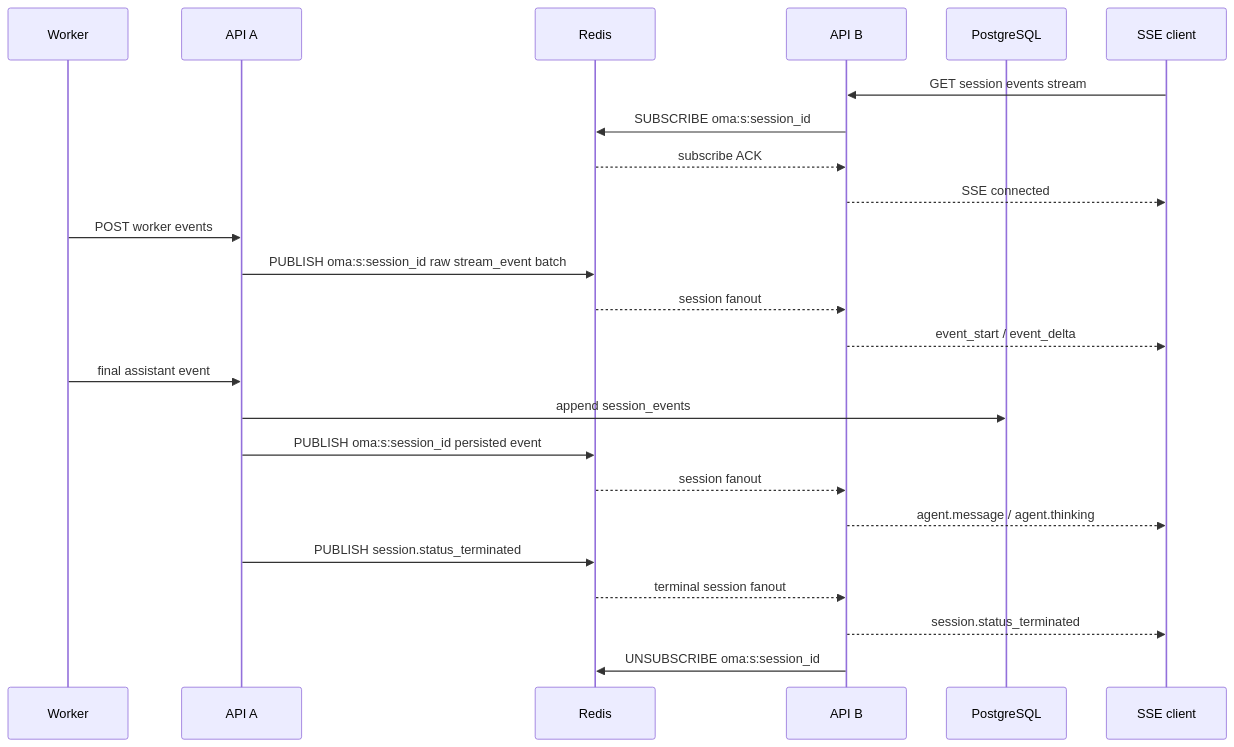
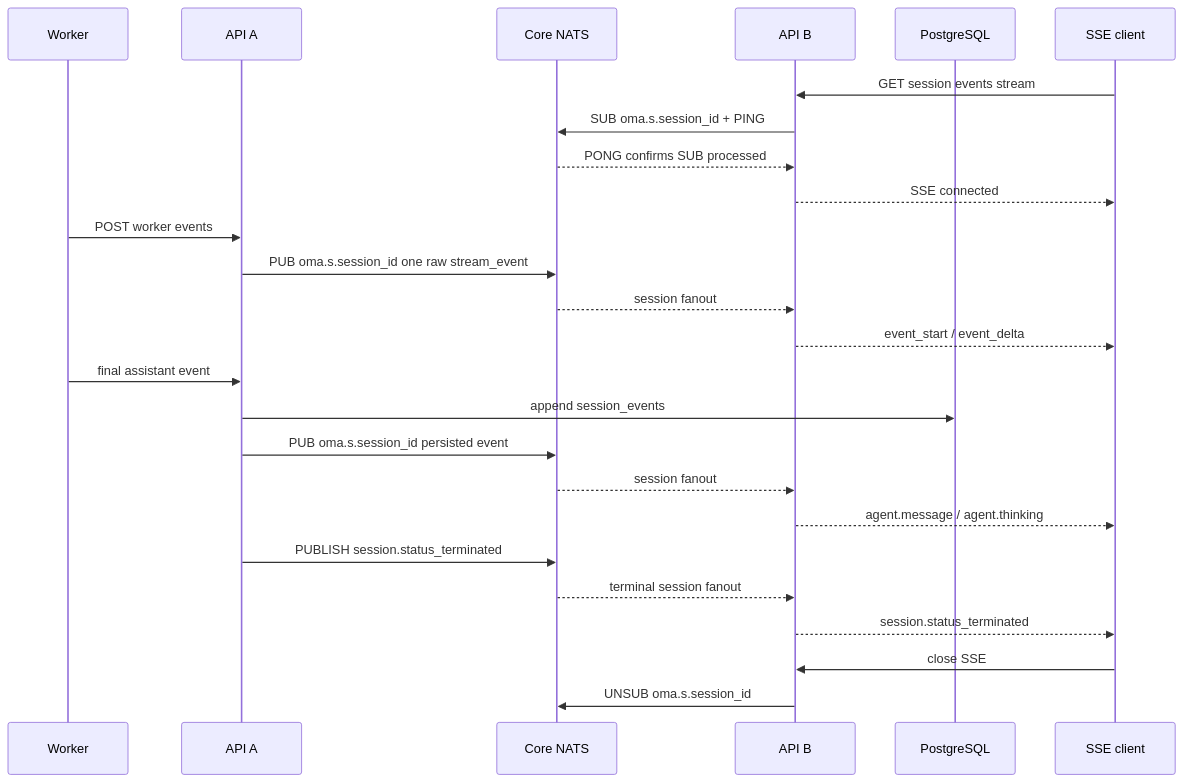
Before and after one commit to Postroggy/open-managed-agents: the diagram in docs/design/be/ccrv2/ccr-v2-worker-sse-fanout.md, drawn with Mermaid. The commit also changed other lines of this file and 40 other files, not shown here.

First line of the commit message:
Add NATS messaging foundation for session stream fanout (#323)

````diff
--- a/docs/design/be/ccrv2/ccr-v2-worker-sse-fanout.md
+++ b/docs/design/be/ccrv2/ccr-v2-worker-sse-fanout.md
@@ -17,27 +15,28 @@
 ```mermaid
 sequenceDiagram
     participant W as Worker
     participant A as API A
-    participant R as Redis
+    participant R as Core NATS
     participant B as API B
     participant DB as PostgreSQL
     participant C as SSE client
 
     C->>B: GET session events stream
-    B->>R: SUBSCRIBE oma:s:session_id
-    R-->>B: subscribe ACK
+    B->>R: SUB oma.s.session_id + PING
+    R-->>B: PONG confirms SUB processed
     B-->>C: SSE connected
     W->>A: POST worker events
-    A->>R: PUBLISH oma:s:session_id raw stream_event batch
+    A->>R: PUB oma.s.session_id one raw stream_event
     R-->>B: session fanout
     B-->>C: event_start / event_delta
     W->>A: final assistant event
     A->>DB: append session_events
-    A->>R: PUBLISH oma:s:session_id persisted event
+    A->>R: PUB oma.s.session_id persisted event
     R-->>B: session fanout
     B-->>C: agent.message / agent.thinking
     A->>R: PUBLISH session.status_terminated
     R-->>B: terminal session fanout
     B-->>C: session.status_terminated
-    B->>R: UNSUBSCRIBE oma:s:session_id
+    C->>B: close SSE
+    B->>R: UNSUB oma.s.session_id
 ```
````
